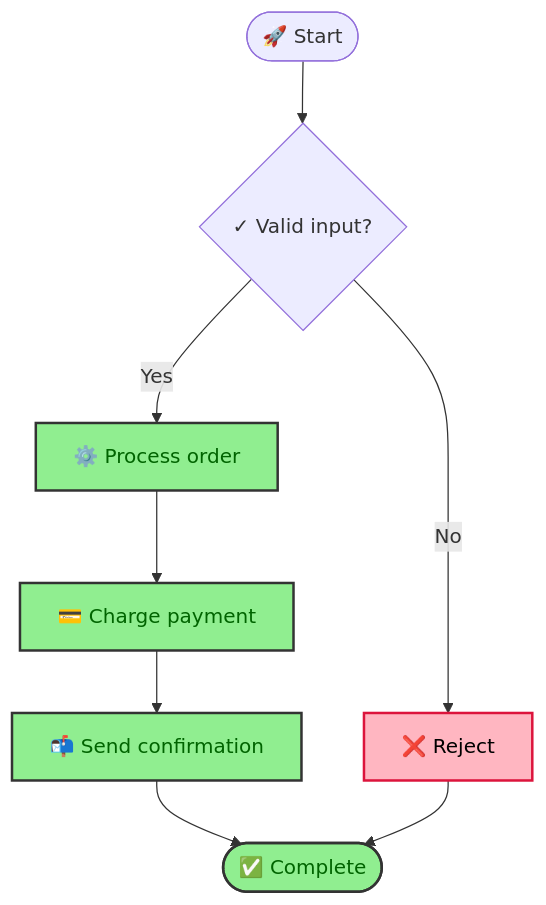
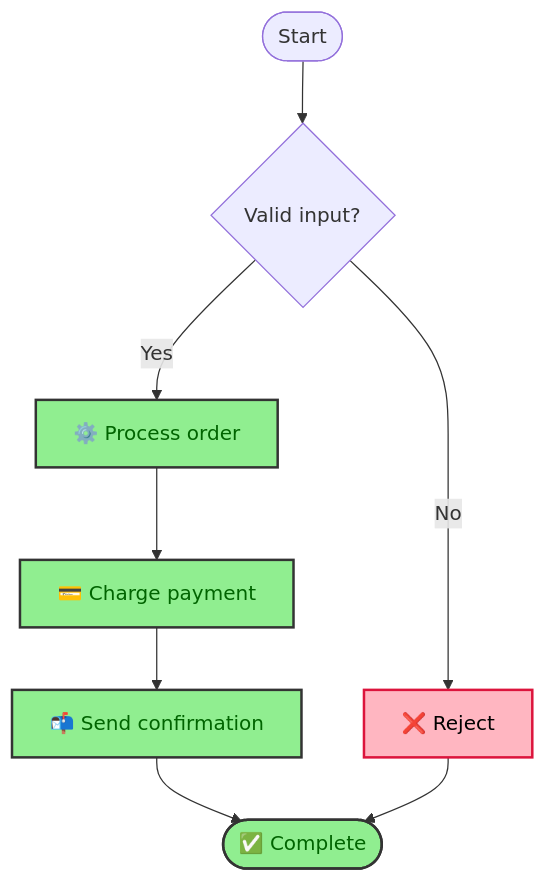
One commit to amjadjibon/skills changed the first of 7 diagrams in skills/misc/mermaid-diagram/references/details.md. Above: the diagram before and after it, drawn with Mermaid. The commit also changed other lines of this file and 1 other file, not shown here.

Commit message:
docs: add emoji vocabulary and size guardrail to mermaid-diagram
Icon choices and diagram density were left to guesswork before; now
there's a fixed symbol table and a concrete node-count ceiling so
diagrams stay legible on one screen instead of growing unreadable.

````diff
--- a/skills/misc/mermaid-diagram/references/details.md
+++ b/skills/misc/mermaid-diagram/references/details.md
@@ -7,15 +7,15 @@
 ```mermaid
 flowchart TD
-    Start([🚀 Start]) --> Validate{✓ Valid input?}
+    Start([Start]) --> Validate{Valid input?}
     Validate -->|Yes| Process[⚙️ Process order]
     Validate -->|No| Reject[❌ Reject]
     Process --> Charge[💳 Charge payment]
     Charge --> Notify[📬 Send confirmation]
     Notify --> Done([✅ Complete])
     Reject --> Done
 
     classDef success fill:#90EE90,stroke:#333,stroke-width:2px,color:darkgreen
     classDef error fill:#FFB6C1,stroke:#DC143C,stroke-width:2px,color:black
     class Done,Process,Charge,Notify success
     class Reject error
 ```
````
